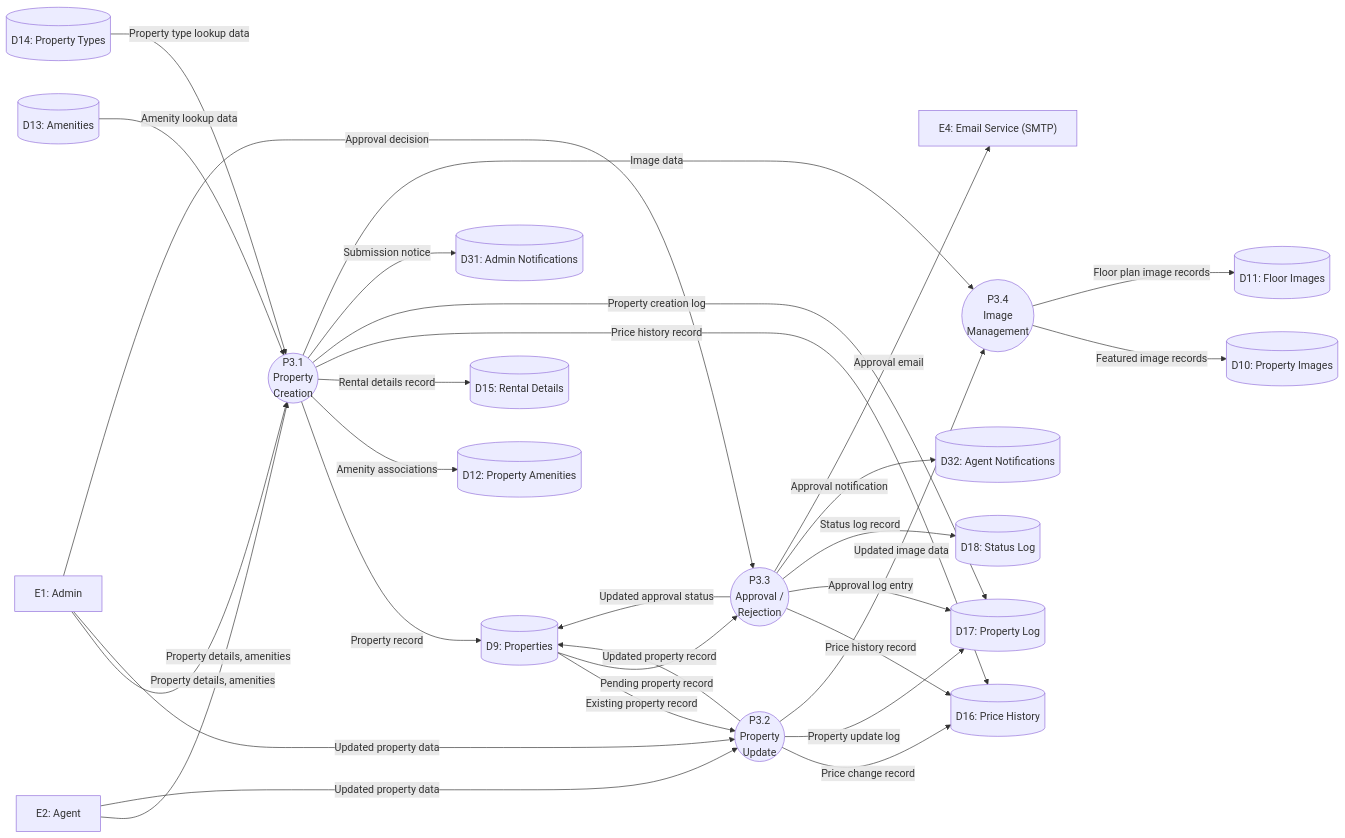
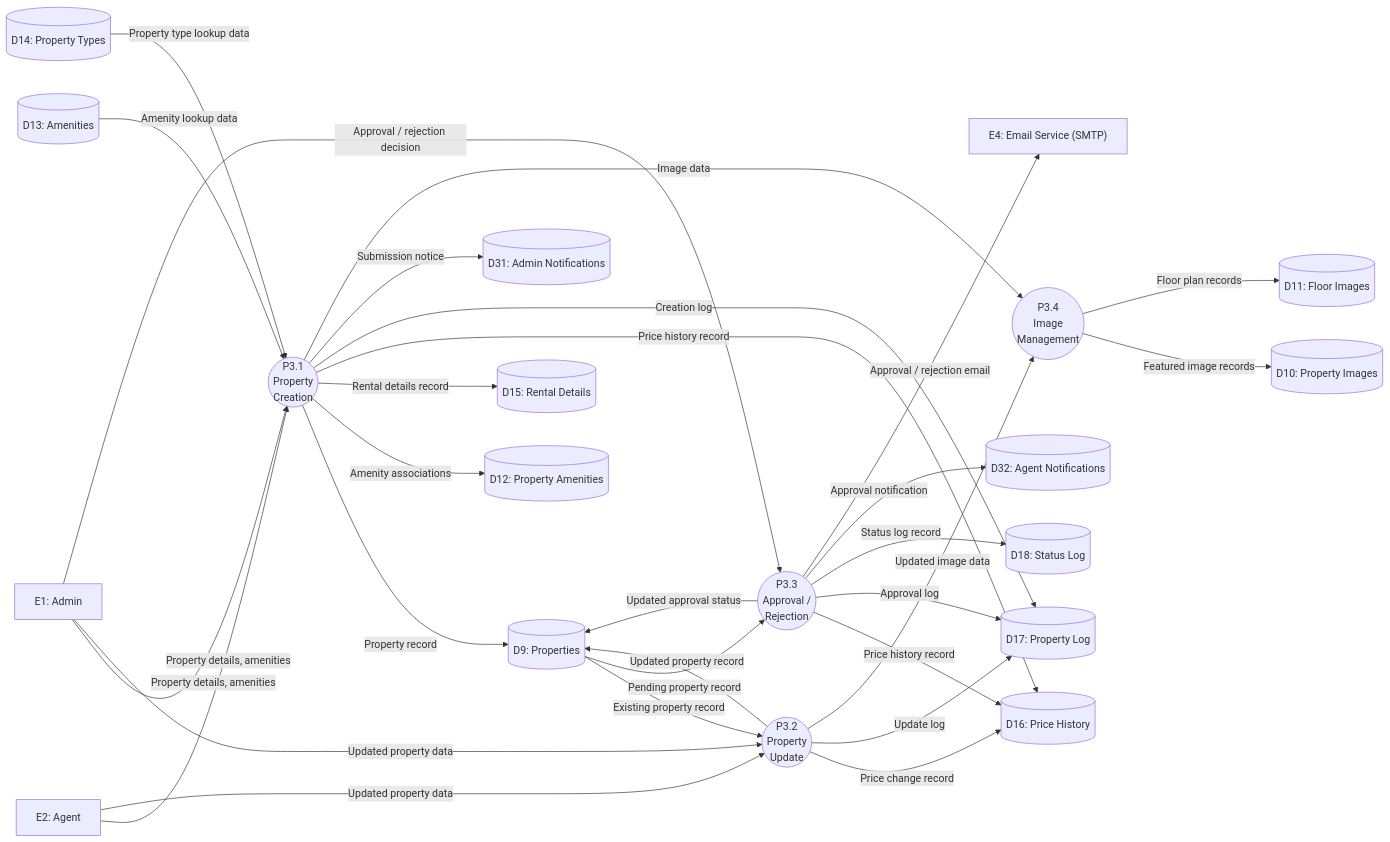
Before and after one commit to 2083262-lang/Capstone: diagram 16 of 25 in docs/DFD_Mermaid_Diagrams.md, drawn with Mermaid. The commit also changed other lines of this file and 13 other files, not shown here.

````diff
--- a/docs/DFD_Mermaid_Diagrams.md
+++ b/docs/DFD_Mermaid_Diagrams.md
@@ -302,50 +451,55 @@
 ```mermaid
 flowchart LR
     E1["E1: Admin"]
     E2["E2: Agent"]
     E4["E4: Email Service (SMTP)"]
     D9[("D9: Properties")]
     D10[("D10: Property Images")]
     D11[("D11: Floor Images")]
     D12[("D12: Property Amenities")]
     D13[("D13: Amenities")]
     D14[("D14: Property Types")]
     D15[("D15: Rental Details")]
     D16[("D16: Price History")]
     D17[("D17: Property Log")]
     D18[("D18: Status Log")]
     D31[("D31: Admin Notifications")]
     D32[("D32: Agent Notifications")]
+
     P3_1(("P3.1\nProperty\nCreation"))
     P3_2(("P3.2\nProperty\nUpdate"))
     P3_3(("P3.3\nApproval /\nRejection"))
     P3_4(("P3.4\nImage\nManagement"))
+
     E1 -->|"Property details, amenities"| P3_1
     E2 -->|"Property details, amenities"| P3_1
     D13 -->|"Amenity lookup data"| P3_1
     D14 -->|"Property type lookup data"| P3_1
     P3_1 -->|"Property record"| D9
     P3_1 -->|"Amenity associations"| D12
     P3_1 -->|"Rental details record"| D15
     P3_1 -->|"Price history record"| D16
-    P3_1 -->|"Property creation log"| D17
+    P3_1 -->|"Creation log"| D17
     P3_1 -->|"Submission notice"| D31
     P3_1 -->|"Image data"| P3_4
+
     E1 -->|"Updated property data"| P3_2
     E2 -->|"Updated property data"| P3_2
     D9 -->|"Existing property record"| P3_2
     P3_2 -->|"Updated property record"| D9
     P3_2 -->|"Price change record"| D16
-    P3_2 -->|"Property update log"| D17
+    P3_2 -->|"Update log"| D17
     P3_2 -->|"Updated image data"| P3_4
-    E1 -->|"Approval decision"| P3_3
+
+    E1 -->|"Approval / rejection decision"| P3_3
     D9 -->|"Pending property record"| P3_3
     P3_3 -->|"Updated approval status"| D9
     P3_3 -->|"Price history record"| D16
-    P3_3 -->|"Approval log entry"| D17
+    P3_3 -->|"Approval log"| D17
     P3_3 -->|"Status log record"| D18
     P3_3 -->|"Approval notification"| D32
-    P3_3 -->|"Approval email"| E4
+    P3_3 -->|"Approval / rejection email"| E4
+
     P3_4 -->|"Featured image records"| D10
-    P3_4 -->|"Floor plan image records"| D11
+    P3_4 -->|"Floor plan records"| D11
 ```
````
